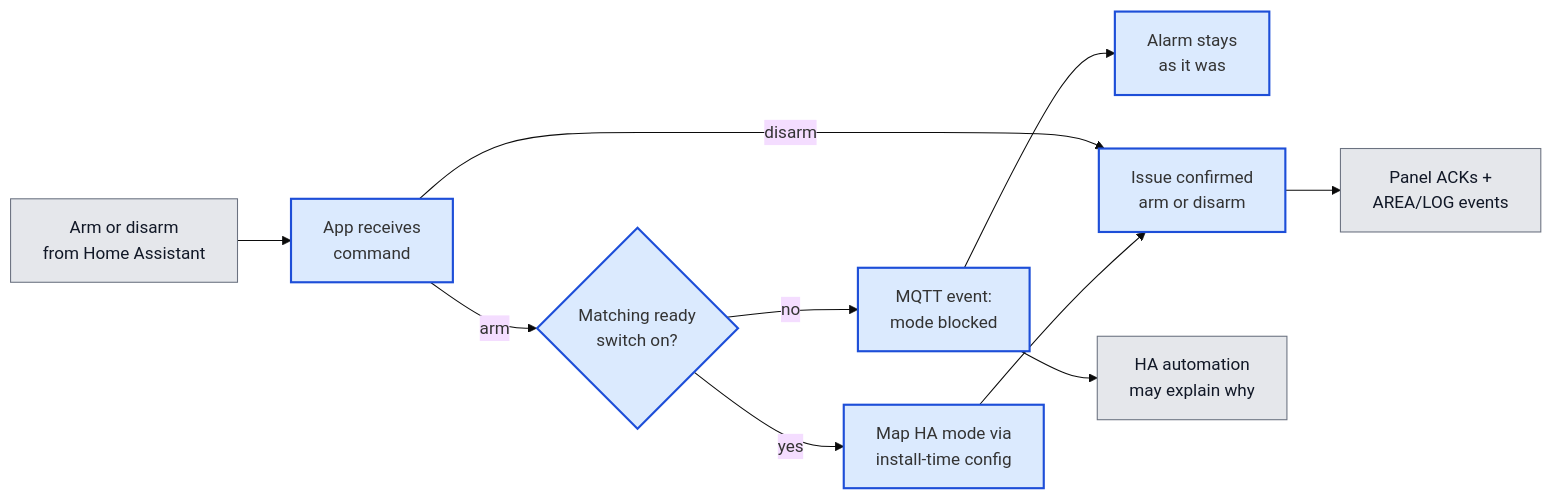
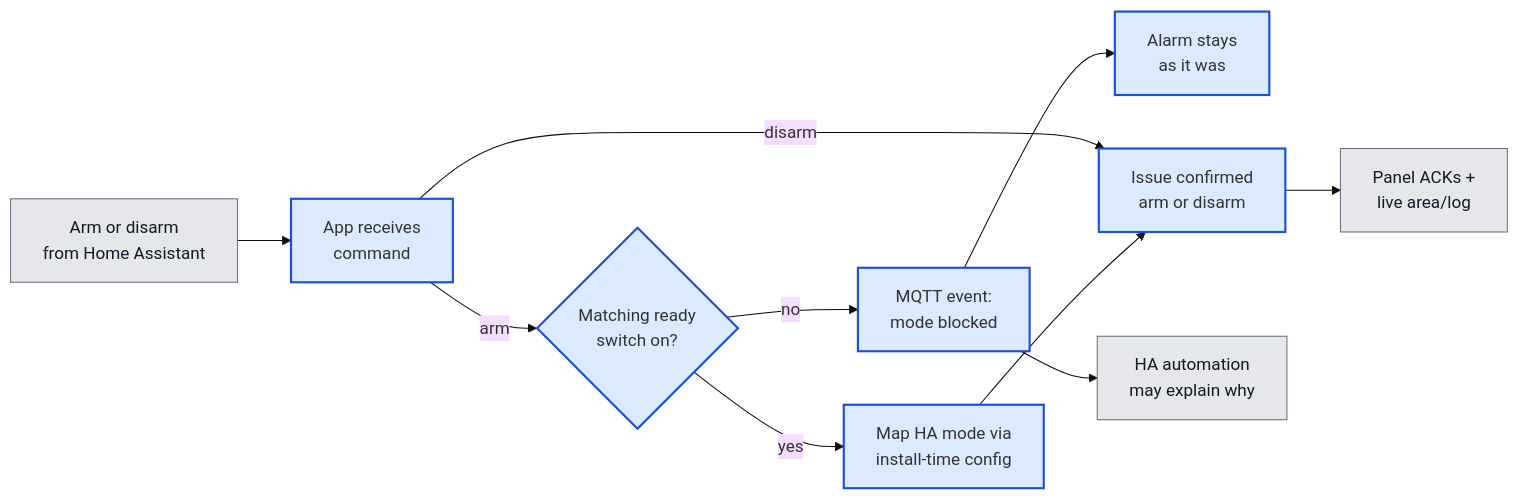
The sixth of 6 diagrams in docs/architecture.md (michaelmarconi/texecom_alarm), drawn with Mermaid (base theme) before and after one commit. The commit also changed other lines of this file, not shown here.

First line of the commit message:
docs(architecture): fold ADR-021 into one busy-versus-dead session story

````diff
--- a/docs/architecture.md
+++ b/docs/architecture.md
@@ -627,22 +243,22 @@
 ```mermaid
 flowchart LR
     Cmd["Arm or disarm<br/>from Home Assistant"]:::external
     Recv["App receives<br/>command"]:::owned
     Ready{"Matching ready<br/>switch on?"}:::owned
     Event["MQTT event:<br/>mode blocked"]:::owned
     Stay["Alarm stays<br/>as it was"]:::owned
     Map["Map HA mode via<br/>install-time config"]:::owned
     Send["Issue confirmed<br/>arm or disarm"]:::owned
-    Panel["Panel ACKs +<br/>AREA/LOG events"]:::external
+    Panel["Panel ACKs +<br/>live area/log"]:::external
     HA["HA automation<br/>may explain why"]:::external
 
     Cmd --> Recv
     Recv -->|disarm| Send
     Recv -->|arm| Ready
     Ready -->|no| Event --> Stay
     Event --> HA
     Ready -->|yes| Map --> Send --> Panel
 
     classDef owned fill:#dbeafe,stroke:#1d4ed8,stroke-width:2px
     classDef external fill:#e5e7eb,stroke:#6b7280,color:#111827
 ```
````
